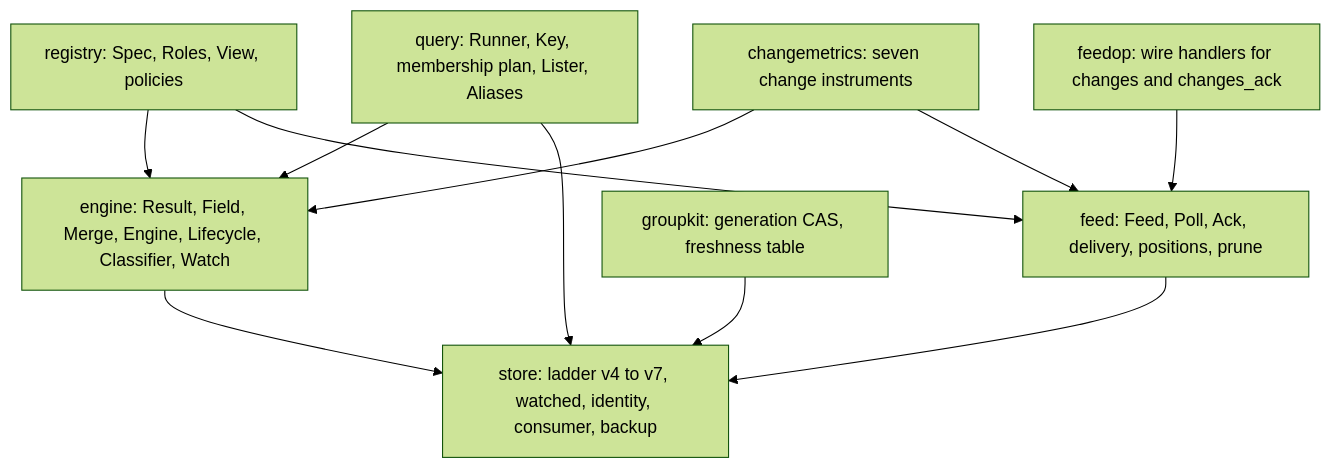
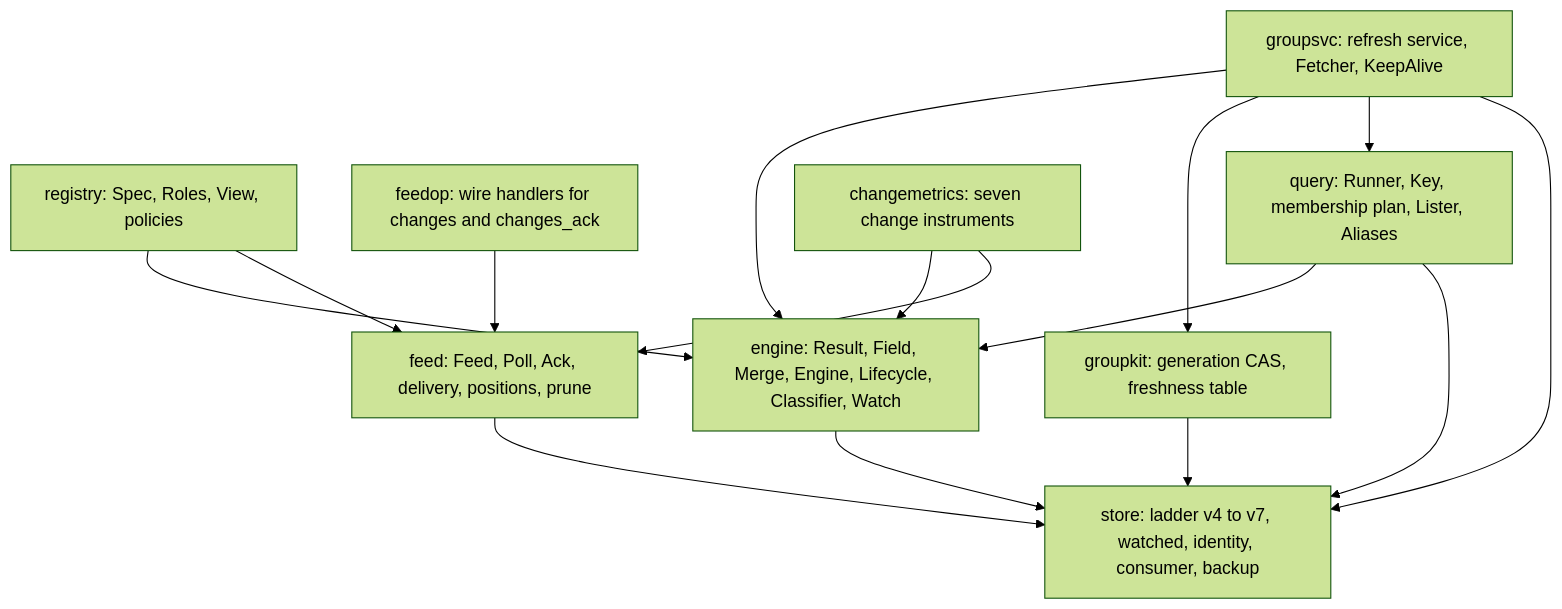
The second of 4 diagrams in docs/superpowers/specs/2026-10-22-connectord-shared-change-engine-hoist-design.md (phillipgreenii/nix-agent-support), drawn with Mermaid (forest theme) before and after one commit. The commit also changed other lines of this file, not shown here.

First line of the commit message:
docs: approve the connectord hoist design and hoist groupsvc too (pg2-qbu5b)

````diff
--- a/docs/superpowers/specs/2026-10-22-connectord-shared-change-engine-hoist-design.md
+++ b/docs/superpowers/specs/2026-10-22-connectord-shared-change-engine-hoist-design.md
@@ -143,21 +156,26 @@
 ```mermaid
 flowchart TD
   registry["registry: Spec, Roles, View, policies"]
   engine["engine: Result, Field, Merge, Engine, Lifecycle, Classifier, Watch"]
   feed["feed: Feed, Poll, Ack, delivery, positions, prune"]
   feedop["feedop: wire handlers for changes and changes_ack"]
   query["query: Runner, Key, membership plan, Lister, Aliases"]
   groupkit["groupkit: generation CAS, freshness table"]
+  groupsvc["groupsvc: refresh service, Fetcher, KeepAlive"]
   cm["changemetrics: seven change instruments"]
   store["store: ladder v4 to v7, watched, identity, consumer, backup"]
   registry --> engine
   registry --> feed
   engine --> store
   feed --> store
   query --> engine
   query --> store
   feedop --> feed
   groupkit --> store
+  groupsvc --> engine
+  groupsvc --> groupkit
+  groupsvc --> query
+  groupsvc --> store
   cm --> engine
   cm --> feed
 ```
````
